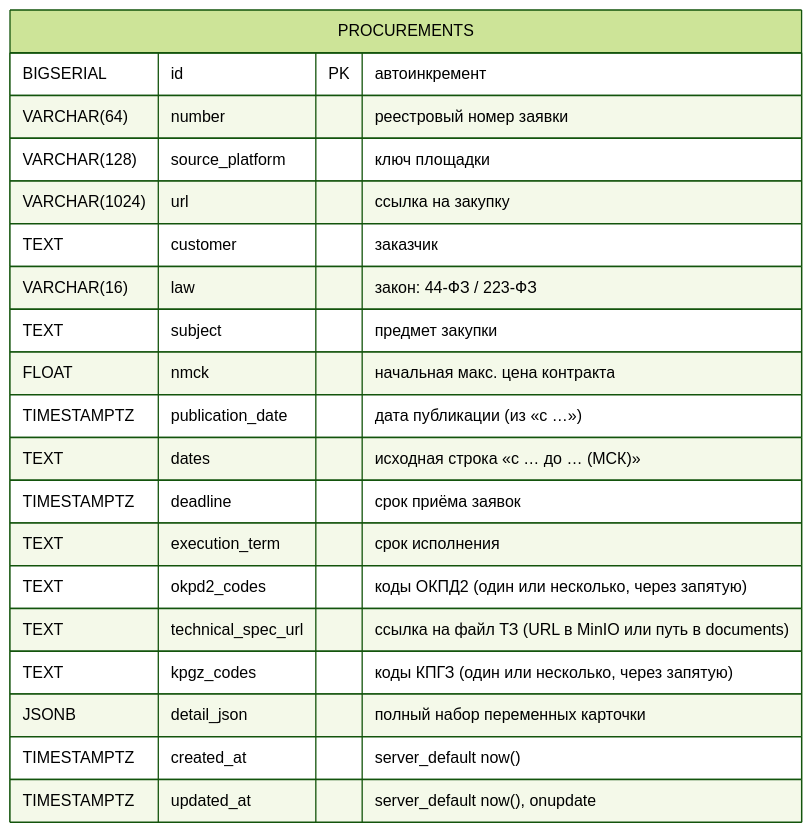
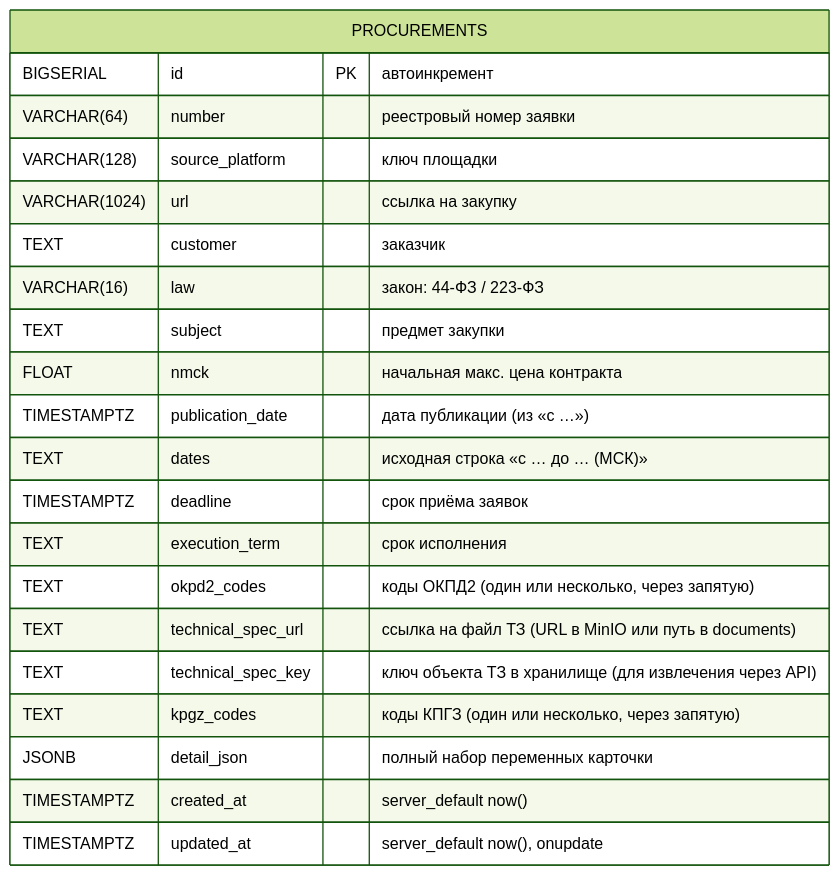
Before and after one commit to igorvolk1961/zakupki_parser: the diagram in docs/c4/db-schema.md, drawn with Mermaid (forest theme). The commit also changed 15 other files, not shown here.

````diff
--- a/docs/c4/db-schema.md
+++ b/docs/c4/db-schema.md
@@ -6,27 +6,28 @@
 ```mermaid
 erDiagram
     PROCUREMENTS {
         BIGSERIAL id PK "автоинкремент"
         VARCHAR(64) number "реестровый номер заявки"
         VARCHAR(128) source_platform "ключ площадки"
         VARCHAR(1024) url "ссылка на закупку"
         TEXT customer "заказчик"
         VARCHAR(16) law "закон: 44-ФЗ / 223-ФЗ"
         TEXT subject "предмет закупки"
         FLOAT nmck "начальная макс. цена контракта"
         TIMESTAMPTZ publication_date "дата публикации (из «с …»)"
         TEXT dates "исходная строка «с … до … (МСК)»"
         TIMESTAMPTZ deadline "срок приёма заявок"
         TEXT execution_term "срок исполнения"
         TEXT okpd2_codes "коды ОКПД2 (один или несколько, через запятую)"
         TEXT technical_spec_url "ссылка на файл ТЗ (URL в MinIO или путь в documents)"
+        TEXT technical_spec_key "ключ объекта ТЗ в хранилище (для извлечения через API)"
         TEXT kpgz_codes "коды КПГЗ (один или несколько, через запятую)"
         JSONB detail_json "полный набор переменных карточки"
         TIMESTAMPTZ created_at "server_default now()"
         TIMESTAMPTZ updated_at "server_default now(), onupdate"
     }
 
     %% Схема имеет одну таблицу. Дата последней обработанной записи
     %% НЕ хранится в БД — она получается SQL-запросом, а порог по умолчанию
     %% хранится в state-файле data/last_seen.json и конфиге config_service.yaml.
 ```
````
